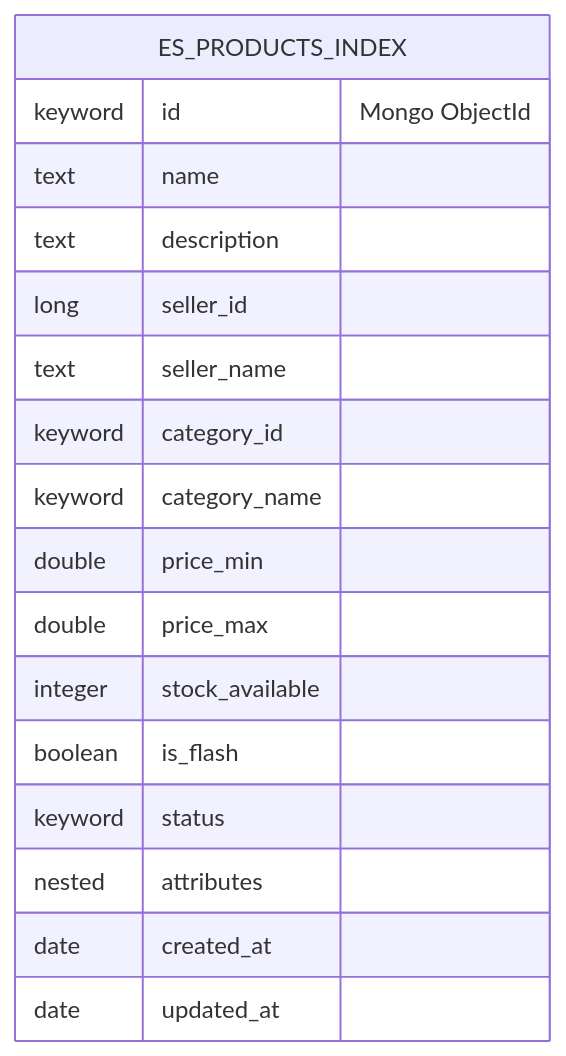
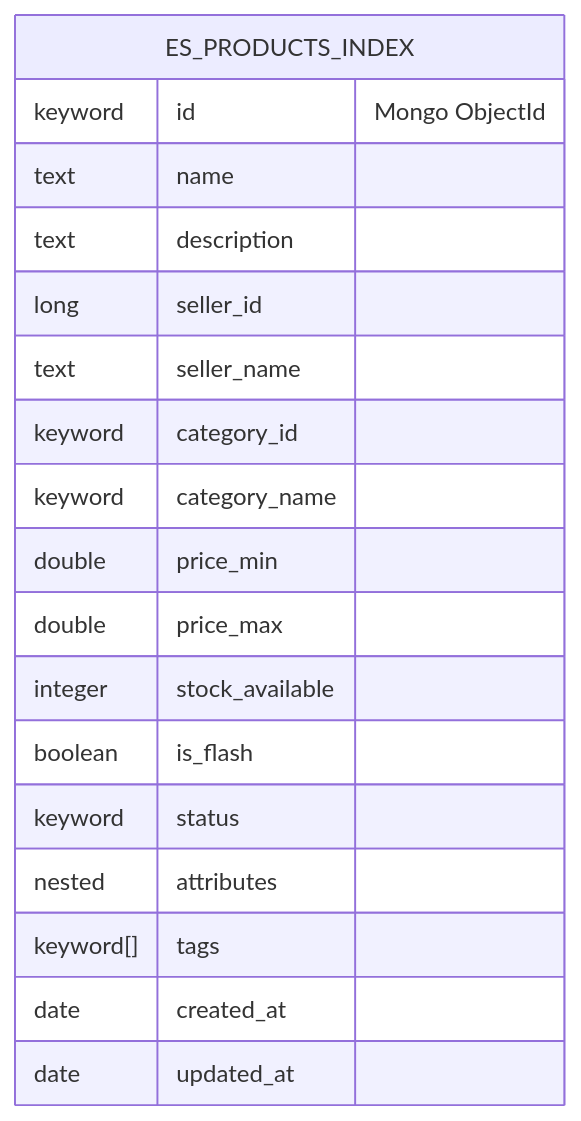
Before and after one commit to ldqanh1408/stealing-from-paradise: the ninth of 10 diagrams in docs/architecture/diagrams/01_erd_compact.md, drawn with Mermaid. The commit also changed other lines of this file and 21 other files, not shown here.

````diff
--- a/docs/architecture/diagrams/01_erd_compact.md
+++ b/docs/architecture/diagrams/01_erd_compact.md
@@ -366,20 +485,21 @@
 ```mermaid
 erDiagram
     ES_PRODUCTS_INDEX {
         keyword id "Mongo ObjectId"
         text name
         text description
         long seller_id
         text seller_name
         keyword category_id
         keyword category_name
         double price_min
         double price_max
         integer stock_available
         boolean is_flash
         keyword status
         nested attributes
+        keyword[] tags
         date created_at
         date updated_at
     }
 ```
````
